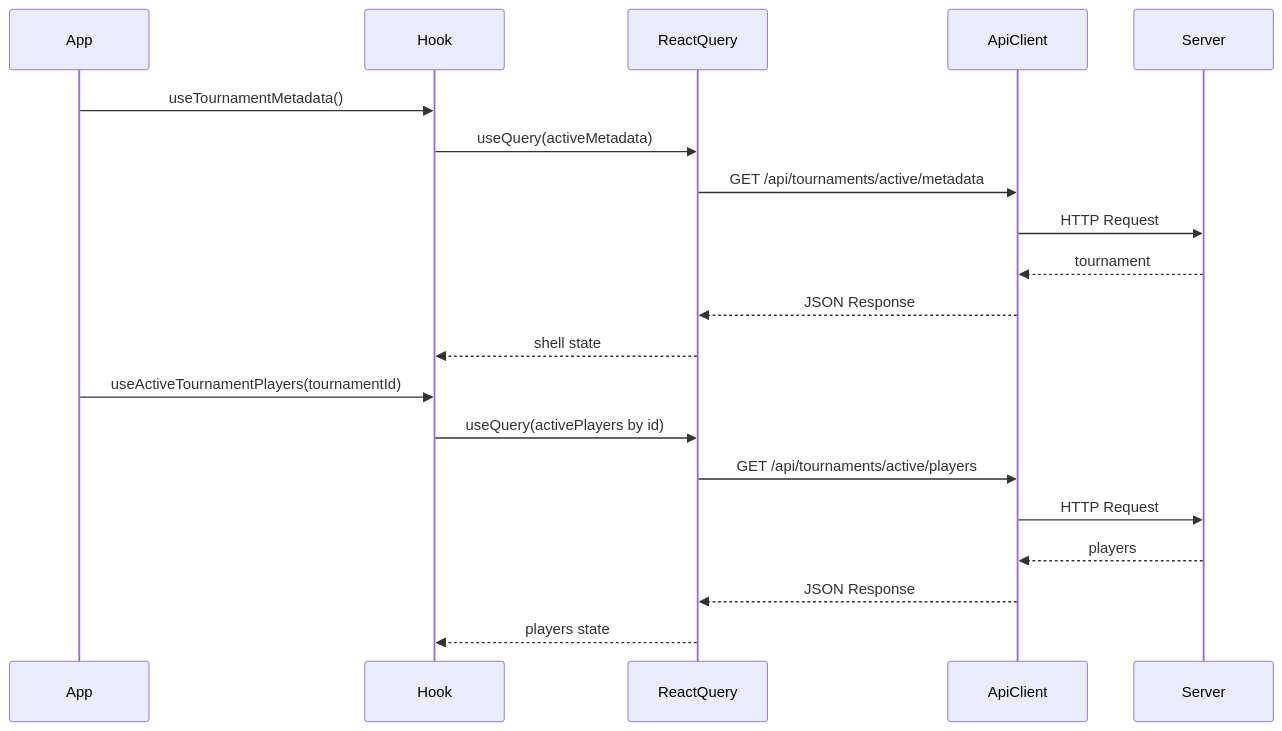
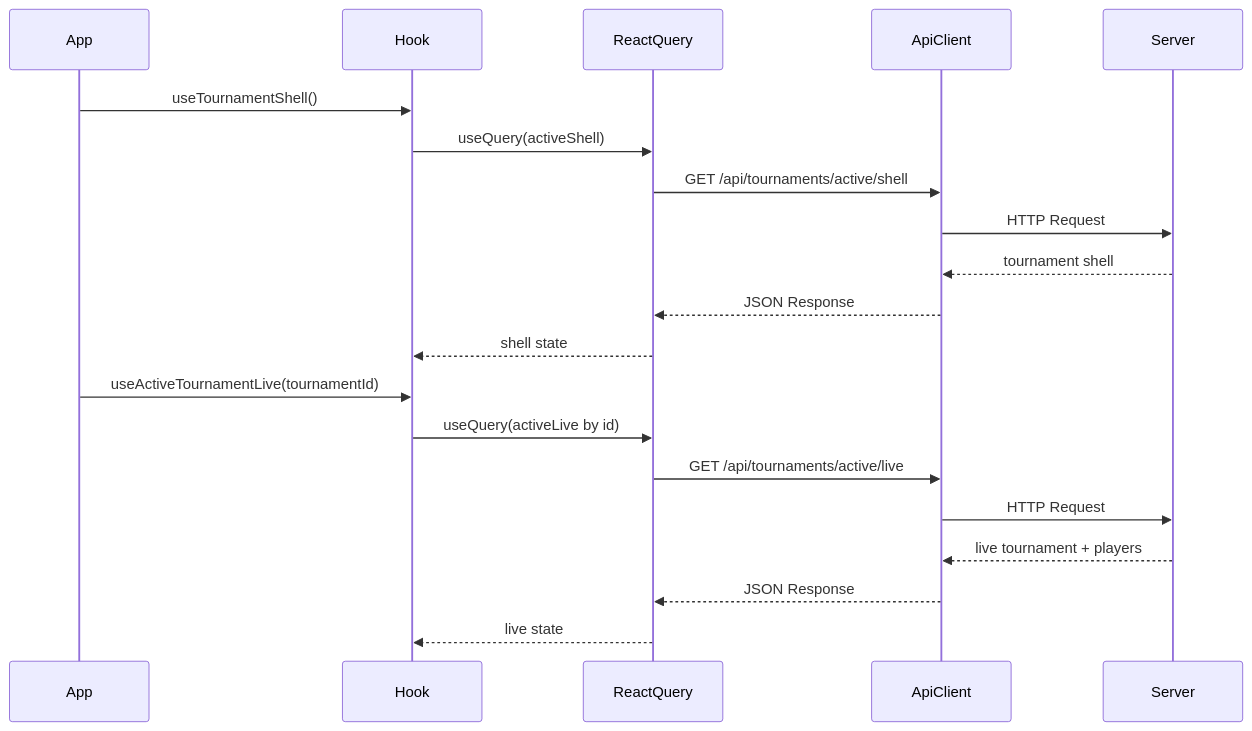
Before and after one commit to MagRelo/cut: the first of 8 diagrams in spec/client/data-flow.md, drawn with Mermaid. The commit also changed other lines of this file and 20 other files, not shown here.

First line of the commit message:
Refactor tournament data handling to use active tournament shell and live data

````diff
--- a/spec/client/data-flow.md
+++ b/spec/client/data-flow.md
@@ -15,24 +15,24 @@
 ```mermaid
 sequenceDiagram
     participant App
     participant Hook
     participant ReactQuery
     participant ApiClient
     participant Server
 
-    App->>Hook: useTournamentMetadata()
-    Hook->>ReactQuery: useQuery(activeMetadata)
-    ReactQuery->>ApiClient: GET /api/tournaments/active/metadata
+    App->>Hook: useTournamentShell()
+    Hook->>ReactQuery: useQuery(activeShell)
+    ReactQuery->>ApiClient: GET /api/tournaments/active/shell
     ApiClient->>Server: HTTP Request
-    Server-->>ApiClient: tournament
+    Server-->>ApiClient: tournament shell
     ApiClient-->>ReactQuery: JSON Response
     ReactQuery-->>Hook: shell state
 
-    App->>Hook: useActiveTournamentPlayers(tournamentId)
-    Hook->>ReactQuery: useQuery(activePlayers by id)
-    ReactQuery->>ApiClient: GET /api/tournaments/active/players
+    App->>Hook: useActiveTournamentLive(tournamentId)
+    Hook->>ReactQuery: useQuery(activeLive by id)
+    ReactQuery->>ApiClient: GET /api/tournaments/active/live
     ApiClient->>Server: HTTP Request
-    Server-->>ApiClient: players
+    Server-->>ApiClient: live tournament + players
     ApiClient-->>ReactQuery: JSON Response
-    ReactQuery-->>Hook: players state
+    ReactQuery-->>Hook: live state
 ```
````
